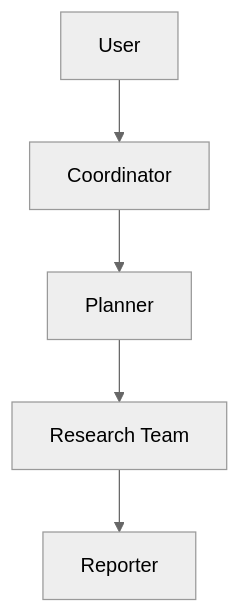
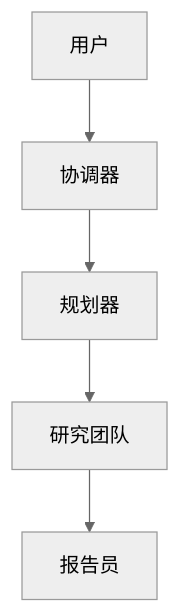
The second of 3 diagrams in skills/public/github-deep-research/SKILL.md (ShaofeiZi/deer-flow), drawn with Mermaid (neutral theme) before and after one commit. The commit also changed other lines of this file and 12 other files, not shown here.

````diff
--- a/skills/public/github-deep-research/SKILL.md
+++ b/skills/public/github-deep-research/SKILL.md
@@ -105,7 +105,7 @@
 ```mermaid
 flowchart TD
-    A[User] --> B[Coordinator]
-    B --> C[Planner]
-    C --> D[Research Team]
-    D --> E[Reporter]
+    A[用户] --> B[协调器]
+    B --> C[规划器]
+    C --> D[研究团队]
+    D --> E[报告员]
 ```
````
